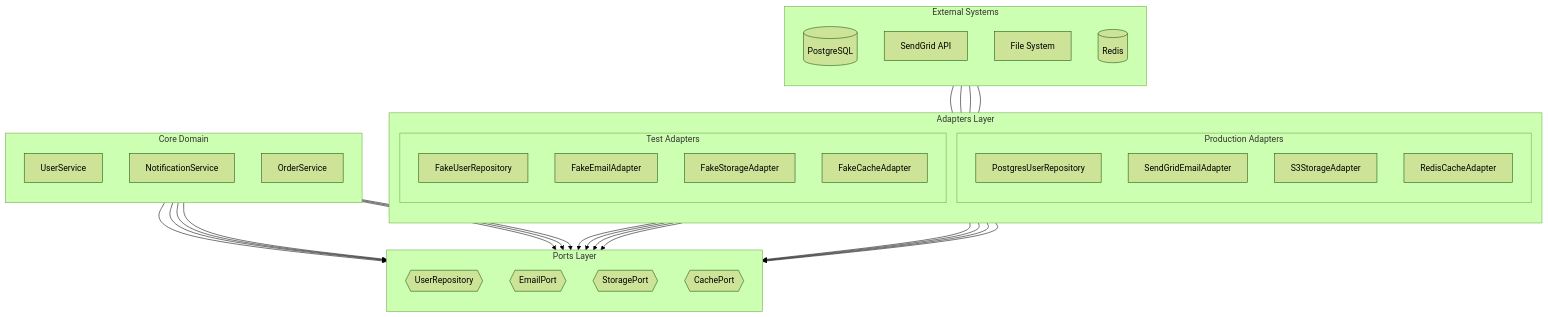
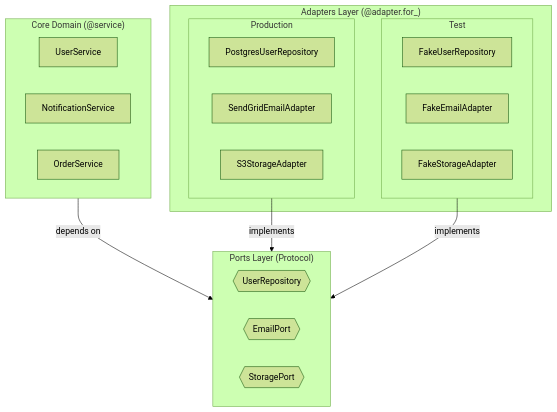
The first of 5 diagrams in docs/user_guide/architecture.md (mikelane/dioxide), drawn with Mermaid (forest theme) before and after one commit.

Commit message:
docs: simplify hexagonal architecture overview diagram (#418)
Reduce complexity by removing nested subgraphs and individual node
connections. The simplified version conveys the same concept without
Mermaid layout issues causing massive empty space.

````diff
--- a/docs/user_guide/architecture.md
+++ b/docs/user_guide/architecture.md
@@ -50,68 +50,31 @@
 ```{mermaid}
 flowchart TB
-    subgraph EXTERNAL["External Systems"]
-        direction TB
-        DB[(PostgreSQL)]
-        API[SendGrid API]
-        FS[File System]
-        CACHE[(Redis)]
-    end
-
-    subgraph ADAPTERS["Adapters Layer"]
-        direction TB
-        subgraph PROD_ADAPTERS["Production Adapters"]
-            PGA[PostgresUserRepository]
-            SGA[SendGridEmailAdapter]
-            FSA[S3StorageAdapter]
-            RCA[RedisCacheAdapter]
-        end
-        subgraph TEST_ADAPTERS["Test Adapters"]
-            FUR[FakeUserRepository]
-            FEA[FakeEmailAdapter]
-            FFS[FakeStorageAdapter]
-            FCA[FakeCacheAdapter]
-        end
-    end
-
-    subgraph PORTS["Ports Layer"]
-        direction TB
-        UP{{UserRepository}}
-        EP{{EmailPort}}
-        SP{{StoragePort}}
-        CP{{CachePort}}
-    end
-
-    subgraph CORE["Core Domain"]
-        direction TB
+    subgraph CORE["Core Domain (@service)"]
         US[UserService]
         NS[NotificationService]
         OS[OrderService]
     end
 
-    %% External to Production Adapters
-    DB --- PGA
-    API --- SGA
-    FS --- FSA
-    CACHE --- RCA
+    subgraph PORTS["Ports Layer (Protocol)"]
+        UP{{UserRepository}}
+        EP{{EmailPort}}
+        SP{{StoragePort}}
+    end
 
-    %% Production Adapters to Ports
-    PGA --> UP
-    SGA --> EP
-    FSA --> SP
-    RCA --> CP
+    subgraph ADAPTERS["Adapters Layer (@adapter.for_)"]
+        subgraph PROD["Production"]
+            PGA[PostgresUserRepository]
+            SGA[SendGridEmailAdapter]
+            FSA[S3StorageAdapter]
+        end
+        subgraph TEST["Test"]
+            FUR[FakeUserRepository]
+            FEA[FakeEmailAdapter]
+            FFS[FakeStorageAdapter]
+        end
+    end
 
-    %% Test Adapters to Ports
-    FUR --> UP
-    FEA --> EP
-    FFS --> SP
-    FCA --> CP
-
-    %% Core depends on Ports
-    US --> UP
-    US --> EP
-    NS --> EP
-    NS --> UP
-    OS --> UP
-    OS --> SP
-    OS --> CP
+    CORE -->|"depends on"| PORTS
+    PROD -->|"implements"| PORTS
+    TEST -->|"implements"| PORTS
 ```
````
